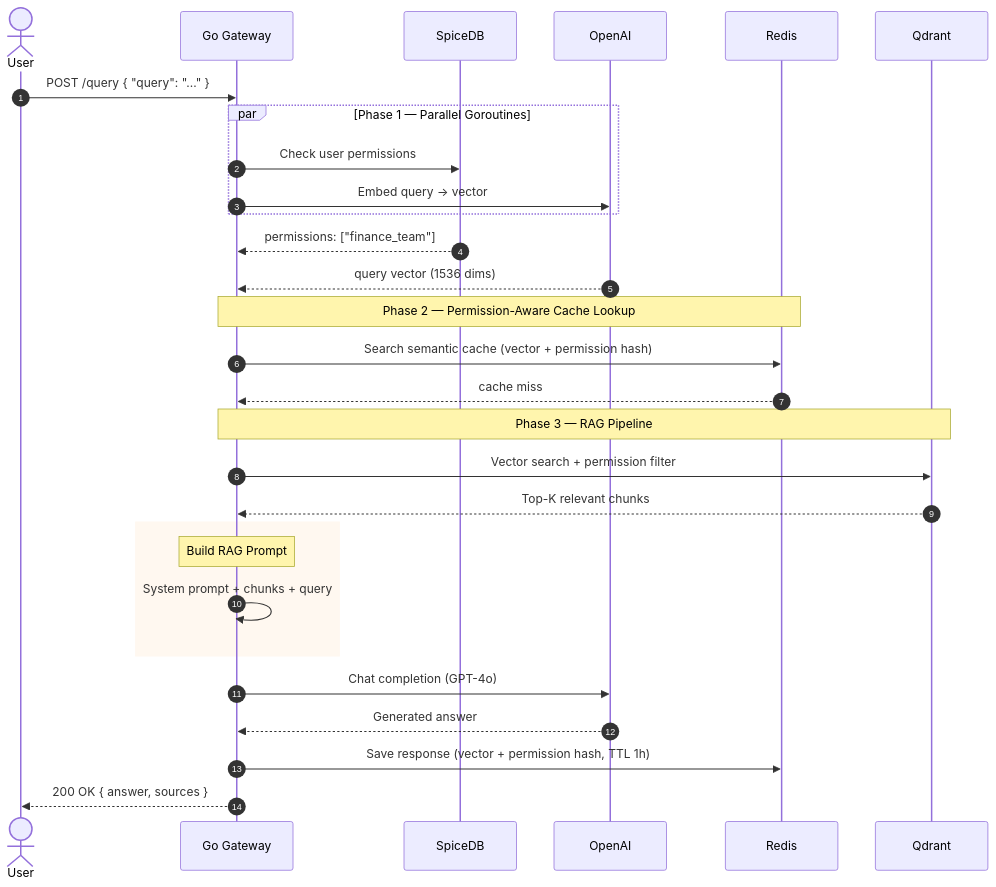
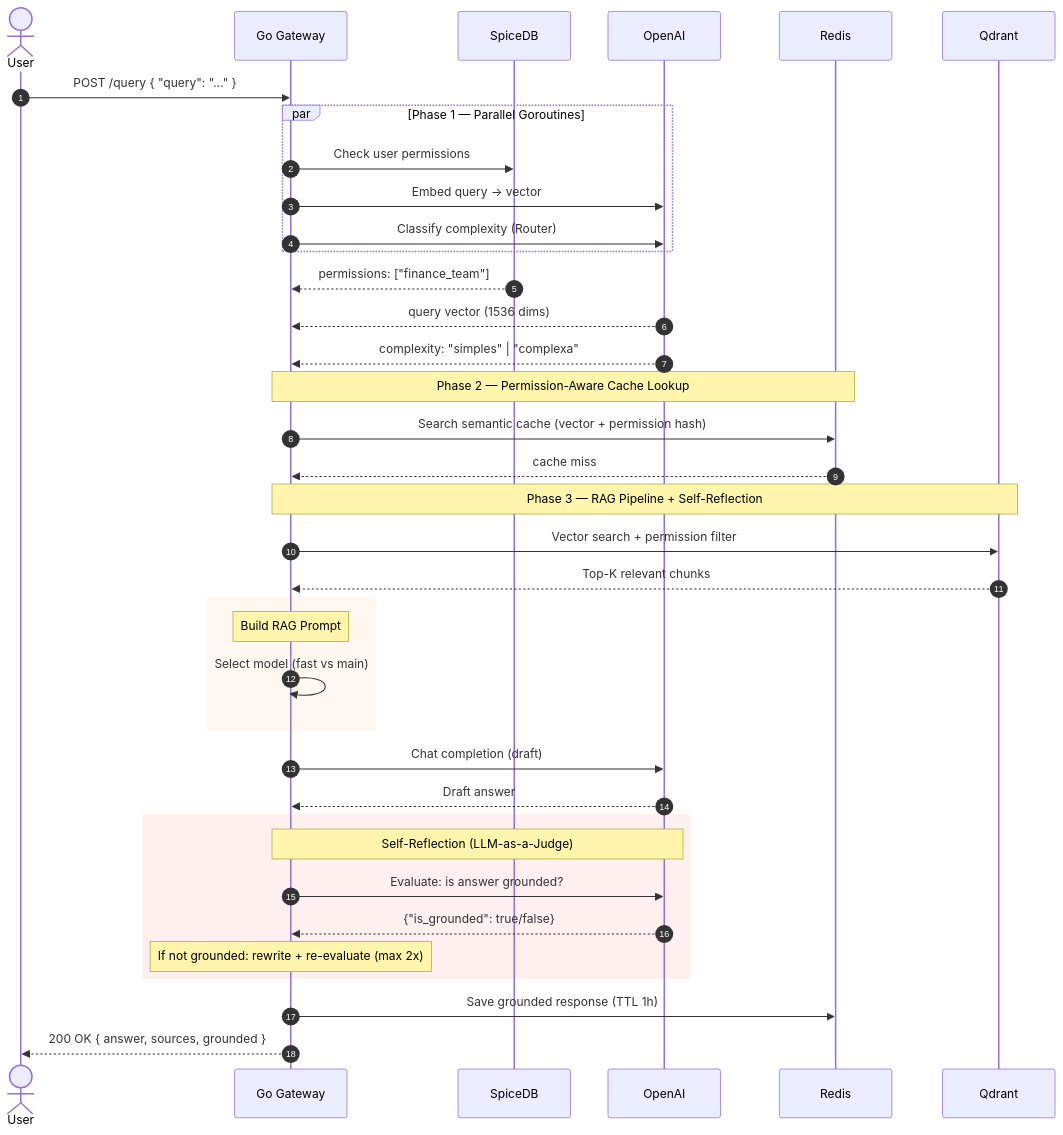
The third of 7 diagrams in docs/architecture.md (samuelferpim/sp-rag), drawn with Mermaid before and after one commit. The commit also changed other lines of this file and 9 other files, not shown here.

Commit message:
feat: enhance API response with grounding and timing details, update documentation and architecture diagrams

````diff
--- a/docs/architecture.md
+++ b/docs/architecture.md
@@ -95,41 +95,50 @@
 ```mermaid
 sequenceDiagram
     autonumber
     actor User
     participant Go as Go Gateway
     participant AuthZ as SpiceDB
     participant AI as OpenAI
     participant Cache as Redis
     participant VDB as Qdrant
 
     User->>Go: POST /query { "query": "..." }
 
     par Phase 1 — Parallel Goroutines
         Go->>AuthZ: Check user permissions
         Go->>AI: Embed query → vector
+        Go->>AI: Classify complexity (Router)
     end
 
     AuthZ-->>Go: permissions: ["finance_team"]
     AI-->>Go: query vector (1536 dims)
+    AI-->>Go: complexity: "simples" | "complexa"
 
     Note over Go,Cache: Phase 2 — Permission-Aware Cache Lookup
 
     Go->>Cache: Search semantic cache (vector + permission hash)
     Cache-->>Go: cache miss
 
-    Note over Go,VDB: Phase 3 — RAG Pipeline
+    Note over Go,VDB: Phase 3 — RAG Pipeline + Self-Reflection
 
     Go->>VDB: Vector search + permission filter
     VDB-->>Go: Top-K relevant chunks
 
     rect rgb(255, 248, 240)
         Note over Go: Build RAG Prompt
-        Go->>Go: System prompt + chunks + query
+        Go->>Go: Select model (fast vs main)
     end
 
-    Go->>AI: Chat completion (GPT-4o)
-    AI-->>Go: Generated answer
+    Go->>AI: Chat completion (draft)
+    AI-->>Go: Draft answer
 
-    Go->>Cache: Save response (vector + permission hash, TTL 1h)
-    Go-->>User: 200 OK { answer, sources }
+    rect rgb(255, 240, 240)
+        Note over Go,AI: Self-Reflection (LLM-as-a-Judge)
+        Go->>AI: Evaluate: is answer grounded?
+        AI-->>Go: {"is_grounded": true/false}
+        Note over Go: If not grounded: rewrite + re-evaluate (max 2x)
+    end
+
+    Go->>Cache: Save grounded response (TTL 1h)
+    Go-->>User: 200 OK { answer, sources, grounded }
 ```
````
